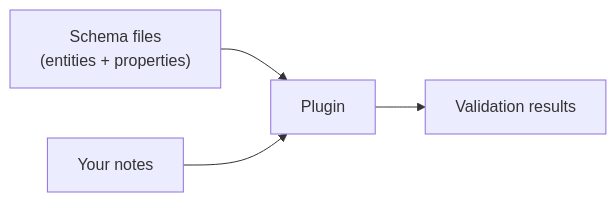
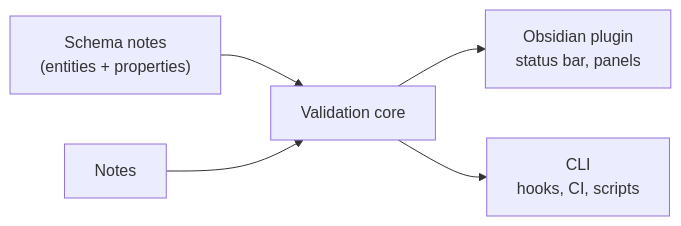
Before and after one commit to mishachepi/obsi-validate: the first of 4 diagrams in docs/architecture.md, drawn with Mermaid. The commit also changed other lines of this file and 13 other files, not shown here.

First line of the commit message:
docs: match the code — schema reference, CLI, configuration, architecture, mdbase engine, troubleshooting

````diff
--- a/docs/architecture.md
+++ b/docs/architecture.md
@@ -9,6 +11,7 @@
 ```mermaid
 flowchart LR
-    S["Schema files<br/>(entities + properties)"] --> P["Plugin"]
-    N["Your notes"] --> P
-    P --> R["Validation results"]
+    S["Schema notes<br/>(entities + properties)"] --> C["Validation core"]
+    N["Notes"] --> C
+    C --> P["Obsidian plugin<br/>status bar, panels"]
+    C --> L["CLI<br/>hooks, CI, scripts"]
 ```
````
